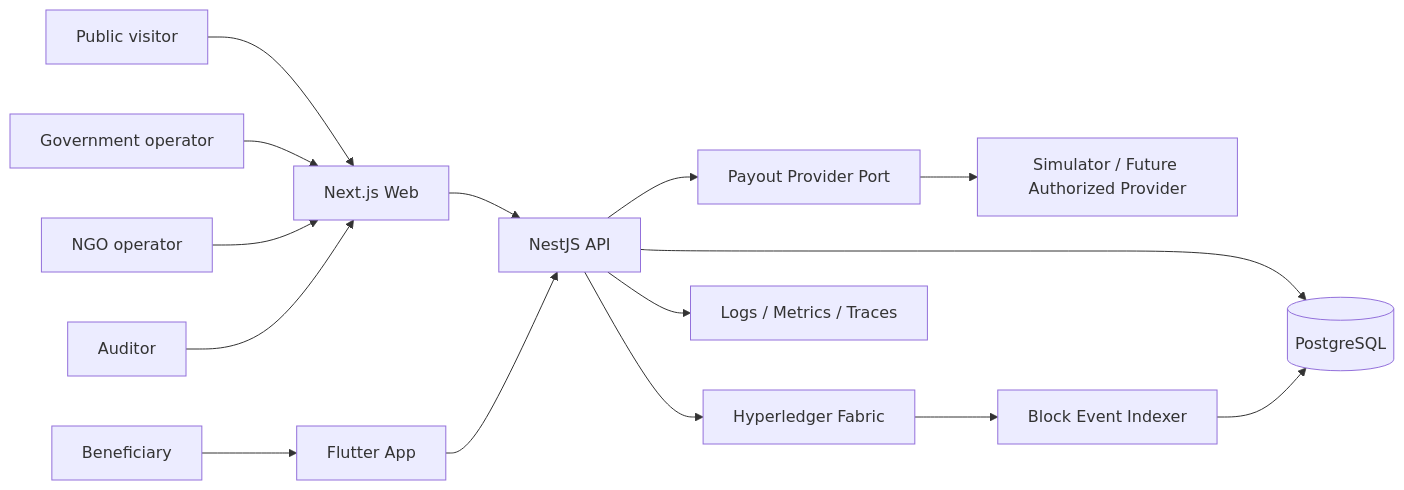
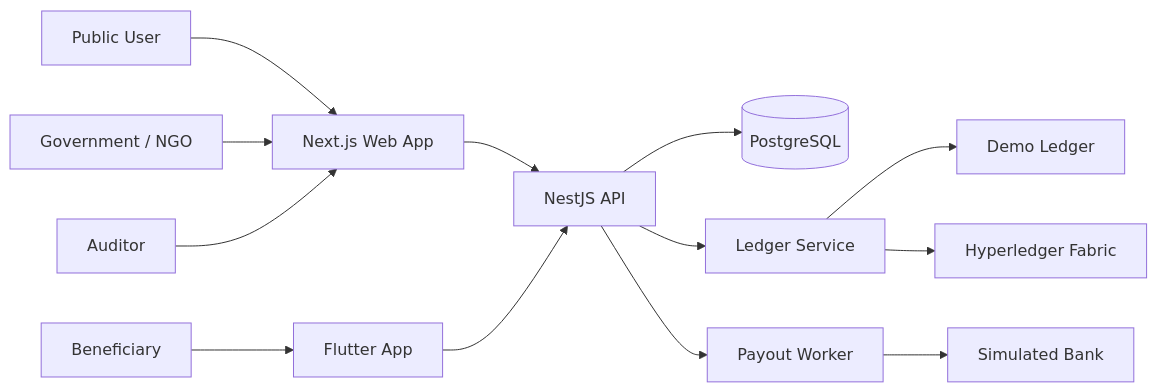
The first of 4 diagrams in ARCHITECTURE.md (kensh1ken/ReliefChain), drawn with Mermaid before and after one commit. The commit also changed other lines of this file, not shown here.

````diff
--- a/ARCHITECTURE.md
+++ b/ARCHITECTURE.md
@@ -20,17 +9,16 @@
 ```mermaid
 flowchart LR
-    Public[Public visitor] --> Web[Next.js Web]
-    Gov[Government operator] --> Web
-    NGO[NGO operator] --> Web
+    Public[Public User] --> Web[Next.js Web App]
+    Operator[Government / NGO] --> Web
     Auditor[Auditor] --> Web
-    Family[Beneficiary] --> Mobile[Flutter App]
+    Beneficiary[Beneficiary] --> Mobile[Flutter App]
+
     Web --> API[NestJS API]
     Mobile --> API
-    API --> Payout[Payout Provider Port]
-    Payout --> Simulator[Simulator / Future Authorized Provider]
     API --> DB[(PostgreSQL)]
-    API --> Fabric[Hyperledger Fabric]
-    Fabric --> Indexer[Block Event Indexer]
-    Indexer --> DB
-    API --> Telemetry[Logs / Metrics / Traces]
+    API --> Ledger[Ledger Service]
+    Ledger --> Memory[Demo Ledger]
+    Ledger --> Fabric[Hyperledger Fabric]
+    API --> Worker[Payout Worker]
+    Worker --> Simulator[Simulated Bank]
 ```
````
